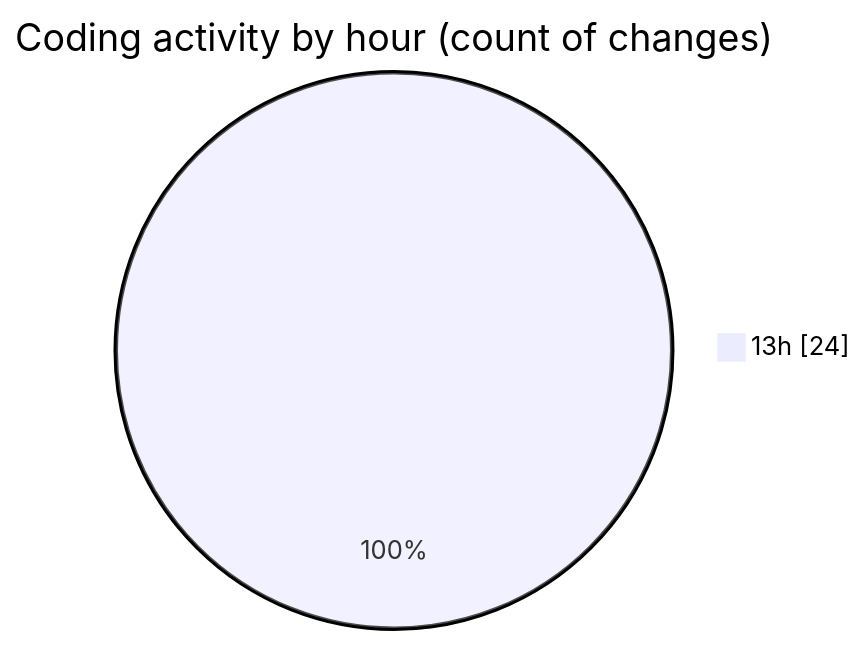
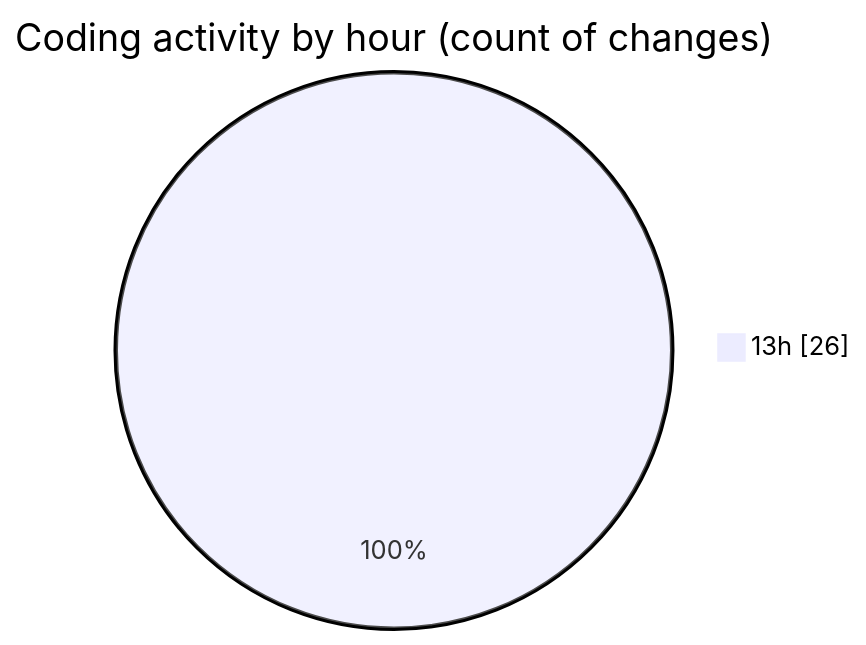
Before and after one commit to Unknowalive/code-tracking: the second of 2 diagrams in 2026-04-11/scripting_workshop/README.md, drawn with Mermaid. The commit also changed other lines of this file and 1 other file, not shown here.

````diff
--- a/2026-04-11/scripting_workshop/README.md
+++ b/2026-04-11/scripting_workshop/README.md
@@ -47,5 +49,5 @@
 ```mermaid
 pie showData
 title Coding activity by hour (count of changes)
-"13h" : 24
+"13h" : 26
 ```
````
